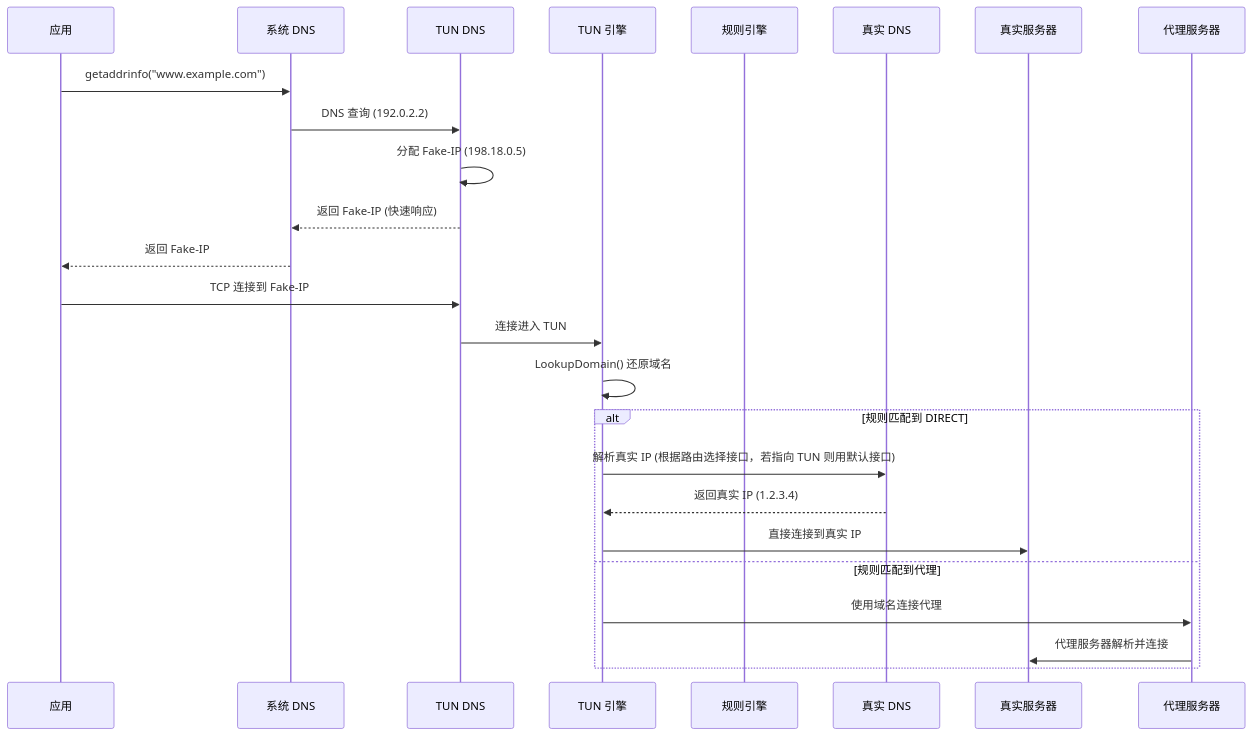
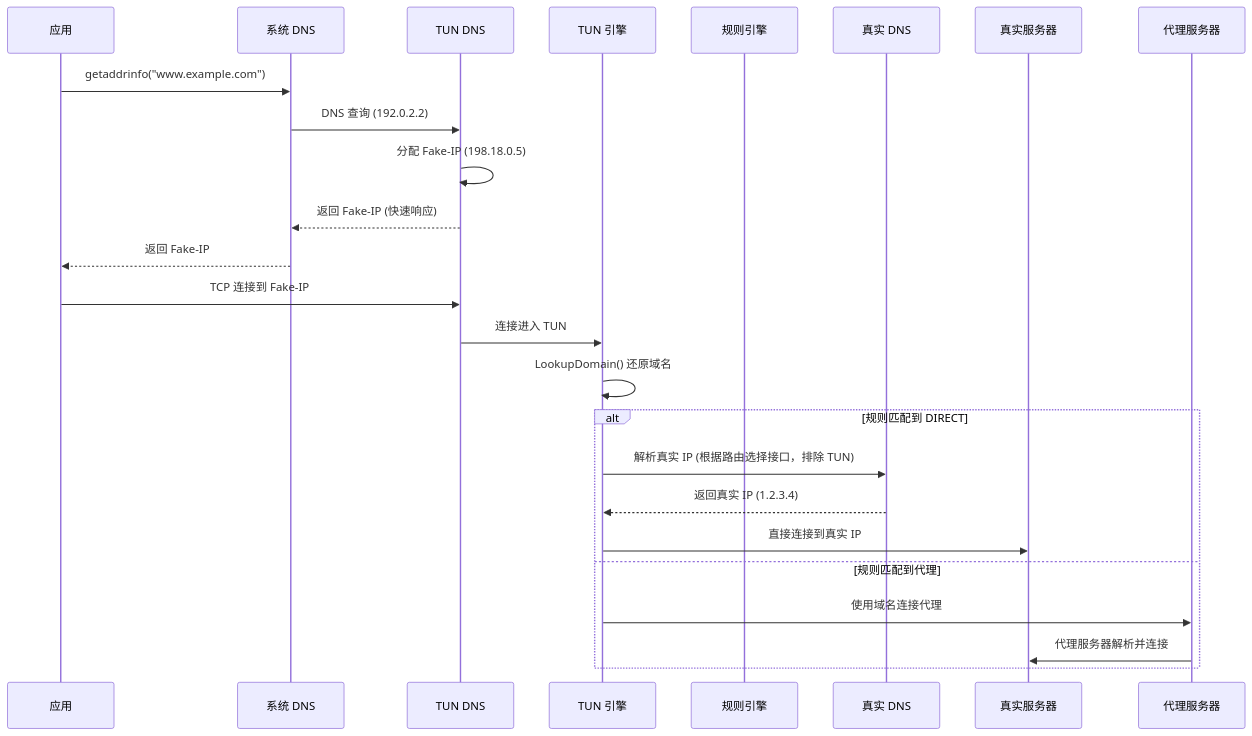
Before and after one commit to whipfeng/phaethon: the diagram in docs/plans/tun_dns_sync_resolve_design.md, drawn with Mermaid. The commit also changed other lines of this file and 8 other files, not shown here.

First line of the commit message:
fix(tun): watchdog DNS resolver bypasses TUN hijacker

````diff
--- a/docs/plans/tun_dns_sync_resolve_design.md
+++ b/docs/plans/tun_dns_sync_resolve_design.md
@@ -40,30 +40,30 @@
 ```mermaid
 sequenceDiagram
     participant App as 应用
     participant SysDNS as 系统 DNS
     participant TUNDNS as TUN DNS
     participant Engine as TUN 引擎
     participant RuleEngine as 规则引擎
     participant RealDNS as 真实 DNS
     participant Server as 真实服务器
     participant Proxy as 代理服务器
 
     App->>SysDNS: getaddrinfo("www.example.com")
     SysDNS->>TUNDNS: DNS 查询 (192.0.2.2)
     TUNDNS->>TUNDNS: 分配 Fake-IP (198.18.0.5)
     TUNDNS-->>SysDNS: 返回 Fake-IP (快速响应)
     SysDNS-->>App: 返回 Fake-IP
     
     App->>TUNDNS: TCP 连接到 Fake-IP
     TUNDNS->>Engine: 连接进入 TUN
     Engine->>Engine: LookupDomain() 还原域名
     
     alt 规则匹配到 DIRECT
-        Engine->>RealDNS: 解析真实 IP (根据路由选择接口，若指向 TUN 则用默认接口)
+        Engine->>RealDNS: 解析真实 IP (根据路由选择接口，排除 TUN)
         RealDNS-->>Engine: 返回真实 IP (1.2.3.4)
         Engine->>Server: 直接连接到真实 IP
     else 规则匹配到代理
         Engine->>Proxy: 使用域名连接代理
         Proxy->>Server: 代理服务器解析并连接
     end
 ```
````
